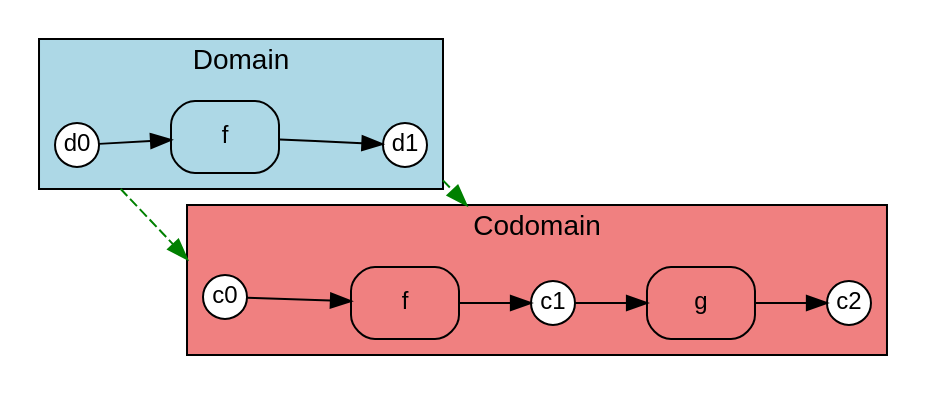
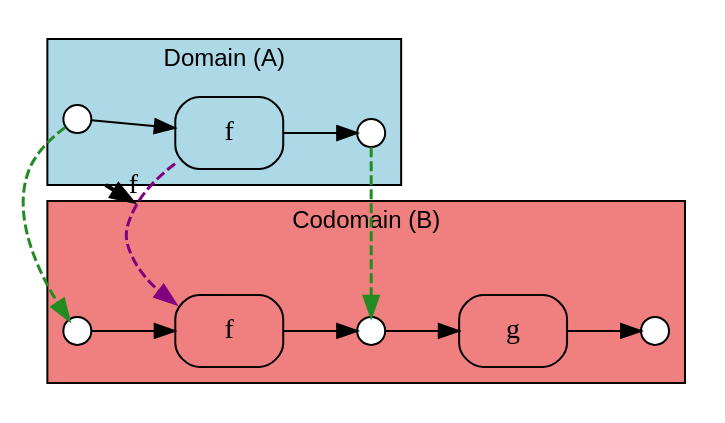
One commit to ammatsui/bhypvis changed the diagram in example_morphism_morphism.dot. Above: the diagram before and after it, drawn with Graphviz. The commit also changed 654 other files, not shown here.

```diff
--- a/example_morphism_morphism.dot
+++ b/example_morphism_morphism.dot
@@ -1,37 +1,50 @@
 digraph Morphism {
   fontname="Helvetica"
+  fontsize=12
   rankdir=LR;
   compound=true;
+  newrank=true;
 
   subgraph cluster_domain {
-    label="Domain";
+    label="Domain (A)";
     style=filled;
-    fillcolor=lightblue;
-    node [fontname="Helvetica", fontsize=12];
-    d1 [label="d1", shape=circle, style=filled, fillcolor=white, width=0.3, height=0.3, fixedsize=true];
-    d0 [label="d0", shape=circle, style=filled, fillcolor=white, width=0.3, height=0.3, fixedsize=true];
-    de0 [label="f", shape=box, style=rounded];
-    d0 -> de0;
-    de0 -> d1;
+    fillcolor="lightblue";
+    fontname="Helvetica";
+    fontsize=12;
+
+    dom_n1 [label="", shape=circle, style=filled, fillcolor=white, color="black", width=0.2, height=0.2, fixedsize=true];
+    dom_n0 [label="", shape=circle, style=filled, fillcolor=white, color="black", width=0.2, height=0.2, fixedsize=true];
+    dom_e0 [label="f", shape=box, style=rounded, color="black"];
+    dom_n0 -> dom_e0 [label=""];
+    dom_e0 -> dom_n1 [label=""];
+    dom_anchor [shape=point, width=0, height=0, style=invis];
   }
 
   subgraph cluster_codomain {
-    label="Codomain";
+    label="Codomain (B)";
     style=filled;
-    fillcolor=lightcoral;
-    node [fontname="Helvetica", fontsize=12];
-    c1 [label="c1", shape=circle, style=filled, fillcolor=white, width=0.3, height=0.3, fixedsize=true];
-    c0 [label="c0", shape=circle, style=filled, fillcolor=white, width=0.3, height=0.3, fixedsize=true];
-    c2 [label="c2", shape=circle, style=filled, fillcolor=white, width=0.3, height=0.3, fixedsize=true];
-    ce0 [label="f", shape=box, style=rounded];
-    ce1 [label="g", shape=box, style=rounded];
-    c0 -> ce0;
-    ce0 -> c1;
-    c1 -> ce1;
-    ce1 -> c2;
+    fillcolor="lightcoral";
+    fontname="Helvetica";
+    fontsize=12;
+
+    cod_n2 [label="", shape=circle, style=filled, fillcolor=white, color="black", width=0.2, height=0.2, fixedsize=true];
+    cod_n0 [label="", shape=circle, style=filled, fillcolor=white, color="black", width=0.2, height=0.2, fixedsize=true];
+    cod_n1 [label="", shape=circle, style=filled, fillcolor=white, color="black", width=0.2, height=0.2, fixedsize=true];
+    cod_e1 [label="g", shape=box, style=rounded, color="black"];
+    cod_e0 [label="f", shape=box, style=rounded, color="black"];
+    cod_n1 -> cod_e1 [label=""];
+    cod_e1 -> cod_n2 [label=""];
+    cod_n0 -> cod_e0 [label=""];
+    cod_e0 -> cod_n1 [label=""];
+    cod_anchor [shape=point, width=0, height=0, style=invis];
   }
 
-  // Function arrows (node mappings)
-  d0 -> c0 [style=dashed, color=green, ltail=cluster_domain, lhead=cluster_codomain];
-  d1 -> c1 [style=dashed, color=green, ltail=cluster_domain, lhead=cluster_codomain];
+  // Morphism: node mappings
+  dom_n1 -> cod_n1 [style=dashed, color=forestgreen, penwidth=1.5, constraint=false];
+  dom_n0 -> cod_n0 [style=dashed, color=forestgreen, penwidth=1.5, constraint=false];
+  // Morphism: edge mappings
+  dom_e0 -> cod_e0 [style=dashed, color=purple, penwidth=1.5, constraint=false];
+
+  // Cluster-level morphism arrow
+  dom_anchor -> cod_anchor [lhead=cluster_codomain, ltail=cluster_domain, style=bold, color=black, label="f", penwidth=2];
 }
```
